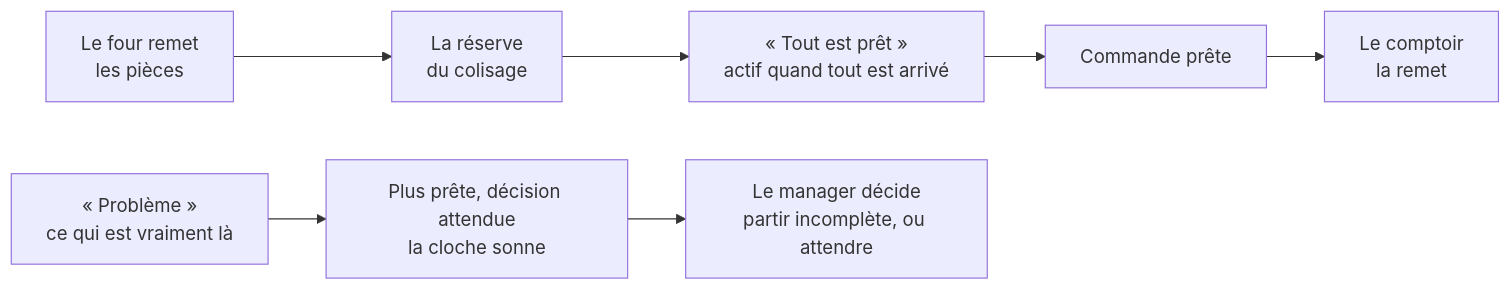
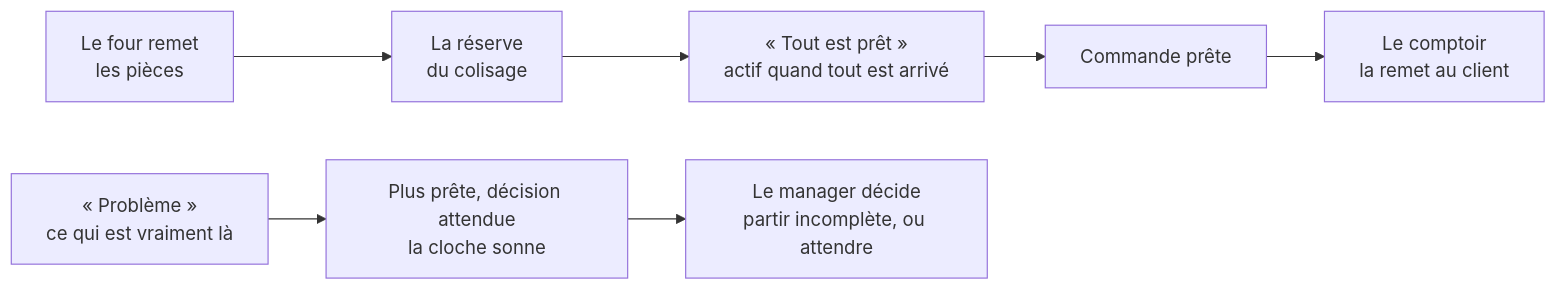
One commit to hugoheynard/lfd changed the first of 2 diagrams in documentation/colisage/plan-niveaux-de-suivi-colisage.md. Above: the diagram before and after it, drawn with Mermaid. The commit also changed other lines of this file, not shown here.

````diff
--- a/documentation/colisage/plan-niveaux-de-suivi-colisage.md
+++ b/documentation/colisage/plan-niveaux-de-suivi-colisage.md
@@ -34,9 +34,9 @@
 ```mermaid
 flowchart LR
     F["Le four remet<br/>les pièces"] --> R["La réserve<br/>du colisage"]
     R --> B["« Tout est prêt »<br/>actif quand tout est arrivé"]
     B --> P["Commande prête"]
-    P --> C["Le comptoir<br/>la remet"]
+    P --> C["Le comptoir<br/>la remet au client"]
     X["« Problème »<br/>ce qui est vraiment là"] --> M["Plus prête, décision attendue<br/>la cloche sonne"]
     M --> D["Le manager décide<br/>partir incomplète, ou attendre"]
 ```
````
